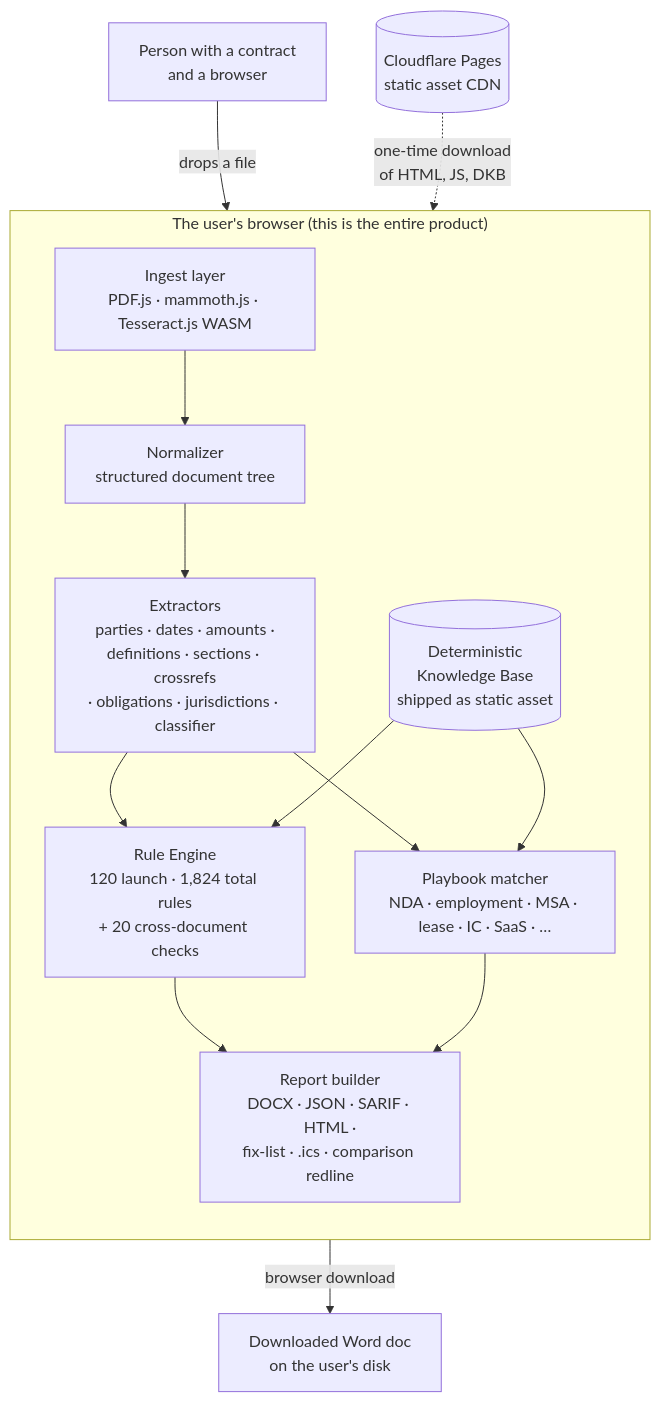
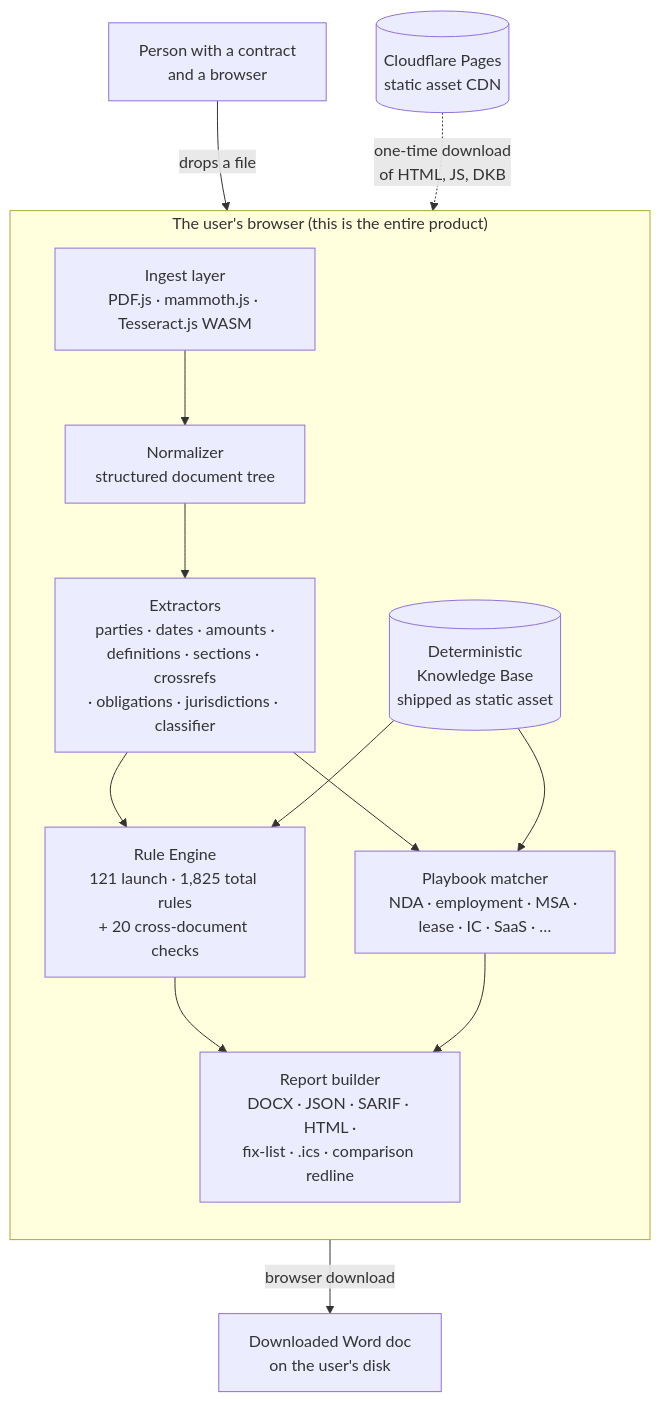
Before and after one commit to clay-good/vaulytica: the diagram in docs/architecture.md, drawn with Mermaid. The commit also changed 379 other files, not shown here.

````diff
--- a/docs/architecture.md
+++ b/docs/architecture.md
@@ -5,28 +5,28 @@
 ```mermaid
 flowchart TB
     user[Person with a contract<br/>and a browser]
 
     subgraph browser["The user's browser (this is the entire product)"]
         direction TB
         ingest[Ingest layer<br/>PDF.js · mammoth.js · Tesseract.js WASM]
         normalize[Normalizer<br/>structured document tree]
         extract[Extractors<br/>parties · dates · amounts ·<br/>definitions · sections · crossrefs<br/>· obligations · jurisdictions · classifier]
-        engine[Rule Engine<br/>120 launch · 1,824 total rules<br/>+ 20 cross-document checks]
+        engine[Rule Engine<br/>121 launch · 1,825 total rules<br/>+ 20 cross-document checks]
         playbook[Playbook matcher<br/>NDA · employment · MSA · lease · IC · SaaS · …]
         dkb[(Deterministic<br/>Knowledge Base<br/>shipped as static asset)]
         report[Report builder<br/>DOCX · JSON · SARIF · HTML ·<br/>fix-list · .ics · comparison redline]
     end
 
     cdn[(Cloudflare Pages<br/>static asset CDN)]
     download[Downloaded Word doc<br/>on the user's disk]
 
     user -- "drops a file" --> ingest
     cdn -. "one-time download<br/>of HTML, JS, DKB" .-> browser
     ingest --> normalize --> extract --> engine
     extract --> playbook
     dkb --> engine
     dkb --> playbook
     engine --> report
     playbook --> report
     report -- "browser download" --> download
 ```
````
